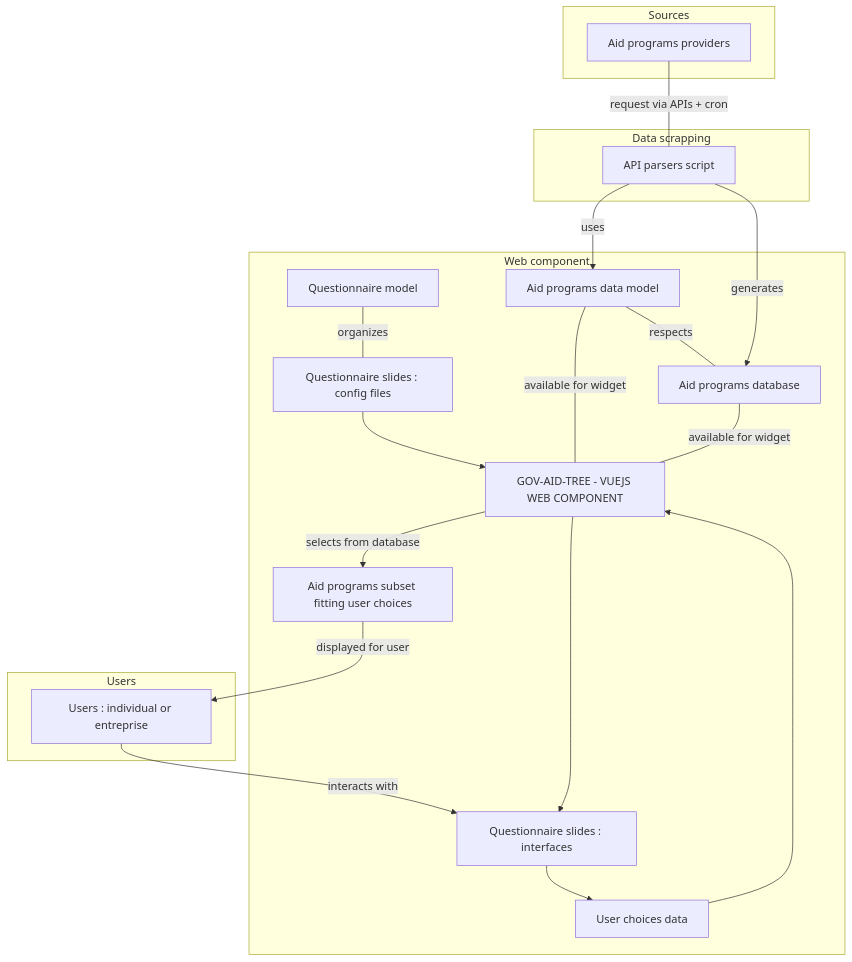
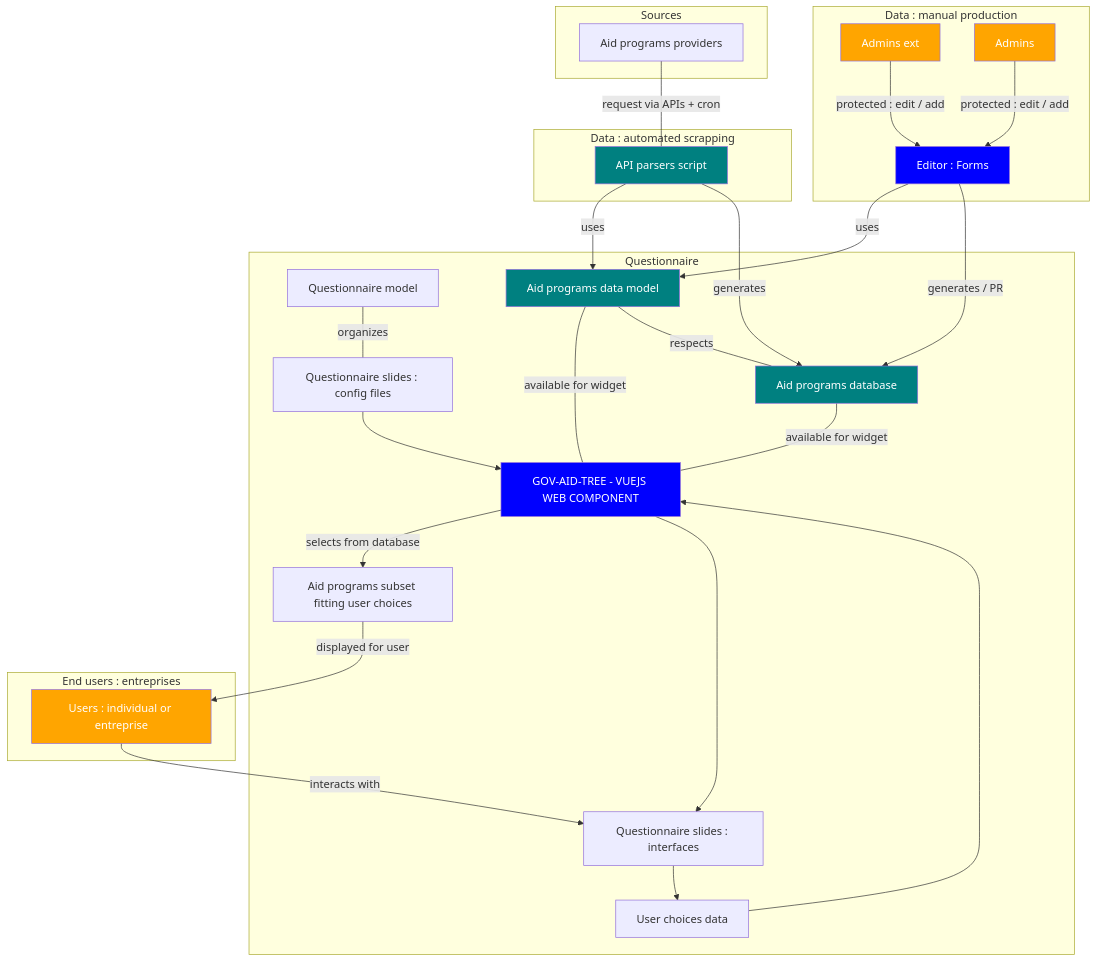
The first of 2 diagrams in README.md (betagouv/mission-transition-ecologique), drawn with Mermaid before and after one commit. The commit also changed other lines of this file and 17 other files, not shown here.

````diff
--- a/README.md
+++ b/README.md
@@ -90,29 +90,56 @@
-```mermaid
+```mermaid 
 graph TD;
-  subgraph "Web component"
-  tracksModel[Questionnaire model] -- organizes --- tracks;
-  tracks[Questionnaire slides : config files] --> widget[GOV-AID-TREE - VUEJS WEB COMPONENT];
-  datamodel[Aid programs data model] -- available for widget --- widget;
-  questions[Questionnaire slides : interfaces] --> choices[User choices data];
-  widget -- selects from database --> results[Aid programs subset fitting user choices];
-  widget --> questions;
-  choices --> widget;
-  datasets -- available for widget --- widget;
-  datamodel -- respects --- datasets;
-  end
+    
+    subgraph "Questionnaire"
+    tracksModel[Questionnaire model] -- organizes --- tracks;
+    tracks[Questionnaire slides : config files] --> widget[GOV-AID-TREE - VUEJS WEB COMPONENT];
+    datamodel[Aid programs data model] -- available for widget --- widget;
+    questions[Questionnaire slides : interfaces] --> choices[User choices data];
+    widget -- selects from database --> results[Aid programs subset fitting user choices];
+    widget --> questions;
+    choices --> widget;
+    datasets -- available for widget --- widget;
+    datamodel -- respects --- datasets;
+    end
 
-  subgraph "Data scrapping"
-  parser[API parsers script] -- uses --> datamodel;
-  parser -- generates --> datasets[Aid programs database];
-  end
+    subgraph "Data : automated scrapping"
+    parser[API parsers script] -- uses --> datamodel;
+    parser -- generates --> datasets[Aid programs database];
+    end
 
-  subgraph "Sources"
-  sources[Aid programs providers] -- request via APIs + cron --- parser;
-  end 
+    subgraph "Data : manual production"
+    adminsExt[Admins ext] -- protected : edit / add --> editor;
+    admins[Admins] -- protected : edit / add --> editor;
+    editor[Editor : Forms] -- uses --> datamodel;
+    editor -- generates / PR --> datasets[Aid programs database];
+    end
 
-  subgraph "Users"
-  results -- displayed for user --> user[Users : individual or entreprise];
-  user -- interacts with --> questions;
-  end
+    subgraph "Sources"
+    sources[Aid programs providers] -- request via APIs + cron --- parser;
+    end 
 
+    
+    subgraph "End users : entreprises"
+    results -- displayed for user --> user[Users : individual or entreprise];
+    user -- interacts with --> questions;
+    end
+
+    style widget fill:blue
+    style widget color:white
+    style editor fill:blue
+    style editor color:white
+    
+    style datasets fill:teal
+    style datasets color:white
+    style datamodel fill:teal
+    style datamodel color:white
+    style parser fill:teal
+    style parser color:white
+
+    style admins fill:orange
+    style admins color:white
+    style adminsExt fill:orange
+    style adminsExt color:white
+    style user fill:orange
+    style user color:white
 ```
````
